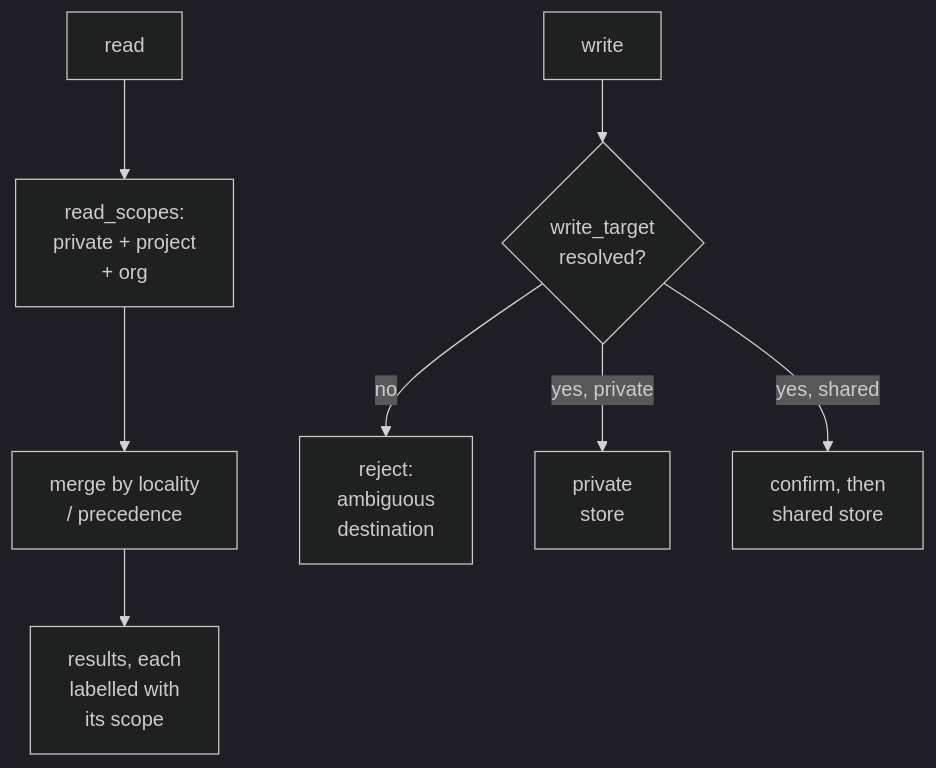
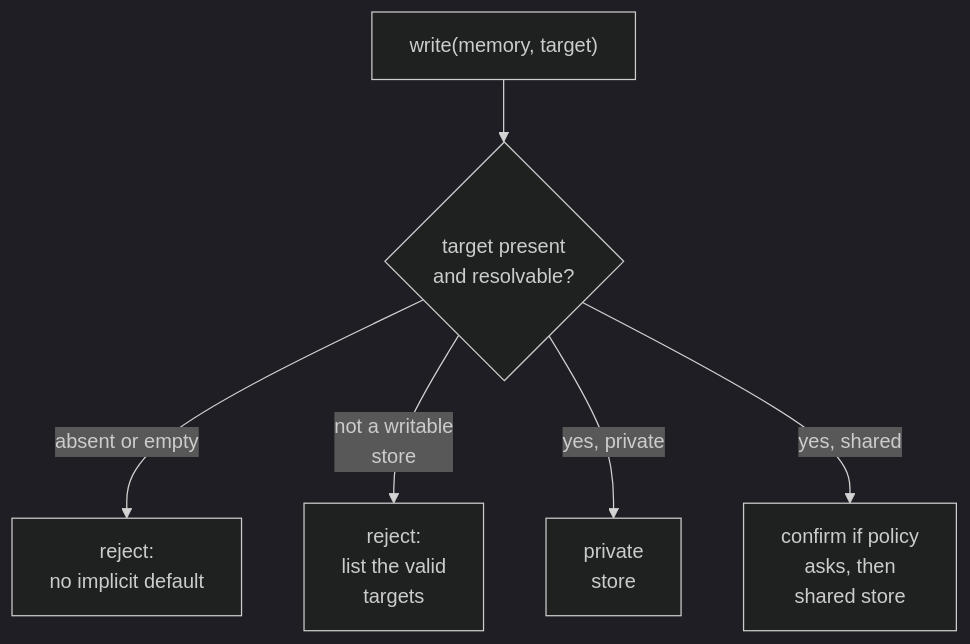
Before and after one commit to neoneye/agent-memory-atlas: the diagram in content/patterns/explicit-write-destination.md, drawn with Mermaid (dark theme). The commit also changed other lines of this file and 99 other files, not shown here.

````diff
--- a/content/patterns/explicit-write-destination.md
+++ b/content/patterns/explicit-write-destination.md
@@ -31,11 +49,9 @@
 ```mermaid
-%% caption: reads merge several scopes and label each result; a write with no resolved destination is rejected rather than defaulted, and a shared one is confirmed
+%% caption: a write with no resolved destination is refused rather than defaulted, and only a resolved target reaches a store
 flowchart TD
-    Q["read"] --> RS["read_scopes:<br/>private + project<br/>+ org"]
-    RS --> Merge["merge by locality<br/>/ precedence"]
-    Merge --> Out["results, each<br/>labelled with<br/>its scope"]
-    W["write"] --> T{"write_target<br/>resolved?"}
-    T -- "no" --> Rej["reject:<br/>ambiguous<br/>destination"]
+    W["write(memory, target)"] --> T{"target present<br/>and resolvable?"}
+    T -- "absent or empty" --> R1["reject:<br/>no implicit default"]
+    T -- "not a writable<br/>store" --> R2["reject:<br/>list the valid<br/>targets"]
     T -- "yes, private" --> P["private<br/>store"]
-    T -- "yes, shared" --> Conf["confirm, then<br/>shared store"]
+    T -- "yes, shared" --> S["confirm if policy<br/>asks, then<br/>shared store"]
 ```
````
